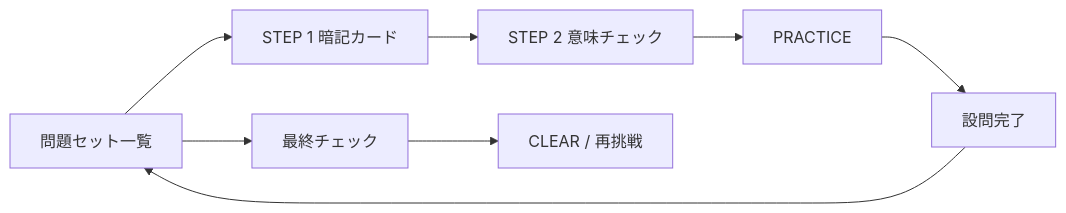
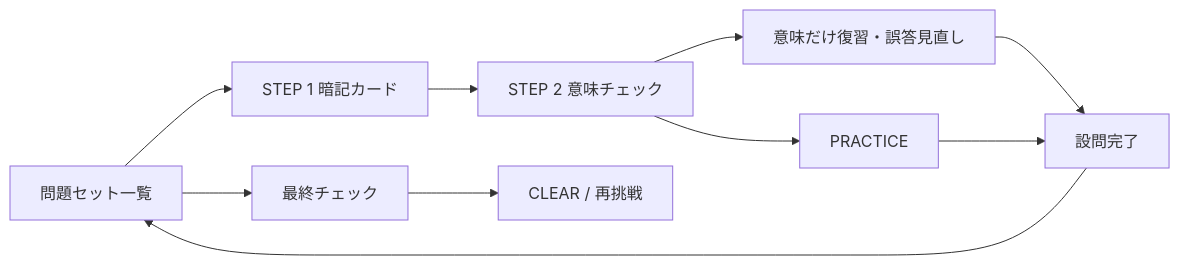
One commit to shtomi-tech/eiken-q1-practice changed the diagram in docs/STATE_TRANSITIONS.md. Above: the diagram before and after it, drawn with Mermaid. The commit also changed other lines of this file and 7 other files, not shown here.

````diff
--- a/docs/STATE_TRANSITIONS.md
+++ b/docs/STATE_TRANSITIONS.md
@@ -22,10 +22,12 @@
 ```mermaid
 flowchart LR
   HOME[問題セット一覧] --> FLASH[STEP 1 暗記カード]
   FLASH --> MEANING[STEP 2 意味チェック]
   MEANING --> PRACTICE
+  MEANING --> MEANING_REVIEW[意味だけ復習・誤答見直し]
+  MEANING_REVIEW --> DONE
   PRACTICE --> DONE[設問完了]
   DONE --> HOME
   HOME --> FINAL[最終チェック]
   FINAL --> CLEAR[CLEAR / 再挑戦]
 ```
````
